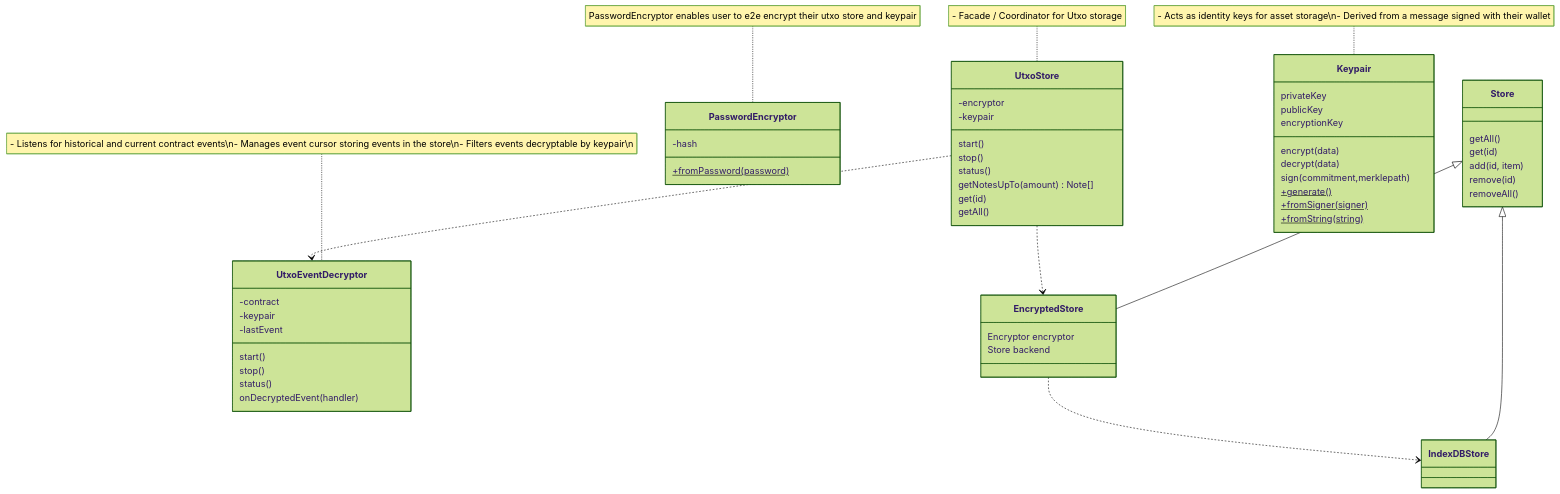
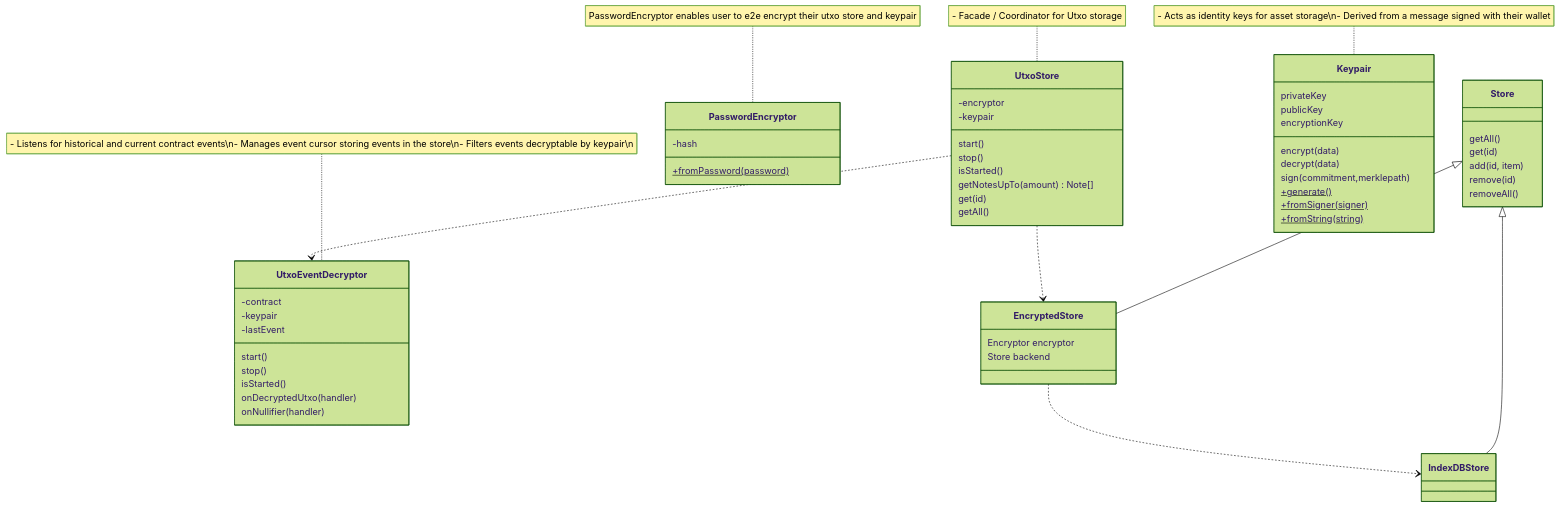
One commit to blockhackersio/zrclib changed the diagram in README.md. Above: the diagram before and after it, drawn with Mermaid (forest theme).

````diff
--- a/README.md
+++ b/README.md
@@ -85,66 +85,68 @@
 ```mermaid
 
 classDiagram
     note for UtxoStore "- Facade / Coordinator for Utxo storage"
 
     class UtxoStore
     UtxoStore: -encryptor
     UtxoStore: -keypair
     UtxoStore: start()
     UtxoStore: stop()
-    UtxoStore: status()
+    UtxoStore: isStarted()
     UtxoStore: getNotesUpTo(amount) Note[]
     UtxoStore: get(id)
     UtxoStore: getAll()
 
     note for UtxoEventDecryptor "- Listens for historical and current contract events\n- Manages event cursor storing events in the store\n- Filters events decryptable by keypair\n"
 
     class UtxoEventDecryptor
     UtxoEventDecryptor: -contract
     UtxoEventDecryptor: -keypair
     UtxoEventDecryptor: -lastEvent
     UtxoEventDecryptor: start()
     UtxoEventDecryptor: stop()
-    UtxoEventDecryptor: status()
-    UtxoEventDecryptor: onDecryptedEvent(handler)
+    UtxoEventDecryptor: isStarted()
+    UtxoEventDecryptor: onDecryptedUtxo(handler)
+    UtxoEventDecryptor: onNullifier(handler)
 
     note for PasswordEncryptor "PasswordEncryptor enables user to e2e encrypt their utxo store and keypair"
 
     class PasswordEncryptor
     PasswordEncryptor: -hash
     PasswordEncryptor: +fromPassword(password)$
 
     class Store
     Store: getAll()
     Store: get(id)
     Store: add(id, item)
     Store: remove(id)
     Store: removeAll()
 
     class EncryptedStore
     EncryptedStore: Encryptor encryptor
     EncryptedStore: Store backend
 
     class IndexDBStore
 
     Store <|-- EncryptedStore
     Store <|-- IndexDBStore
 
     note for Keypair "- Acts as identity keys for asset storage\n- Derived from a message signed with their wallet"
 
     class Keypair
     Keypair: privateKey
     Keypair: publicKey
     Keypair: encryptionKey
     Keypair: encrypt(data)
     Keypair: decrypt(data)
     Keypair: sign(commitment,merklepath)
     Keypair: +generate()$
     Keypair: +fromSigner(signer)$
     Keypair: +fromString(string)$
 
     UtxoStore ..> EncryptedStore
     EncryptedStore ..> IndexDBStore
     UtxoStore ..> UtxoEventDecryptor
 
+
 ```
````
